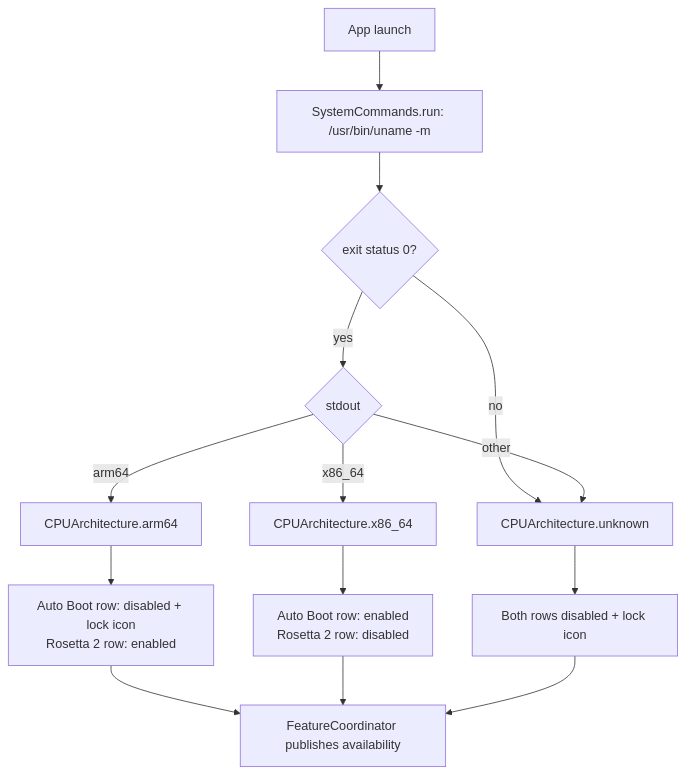
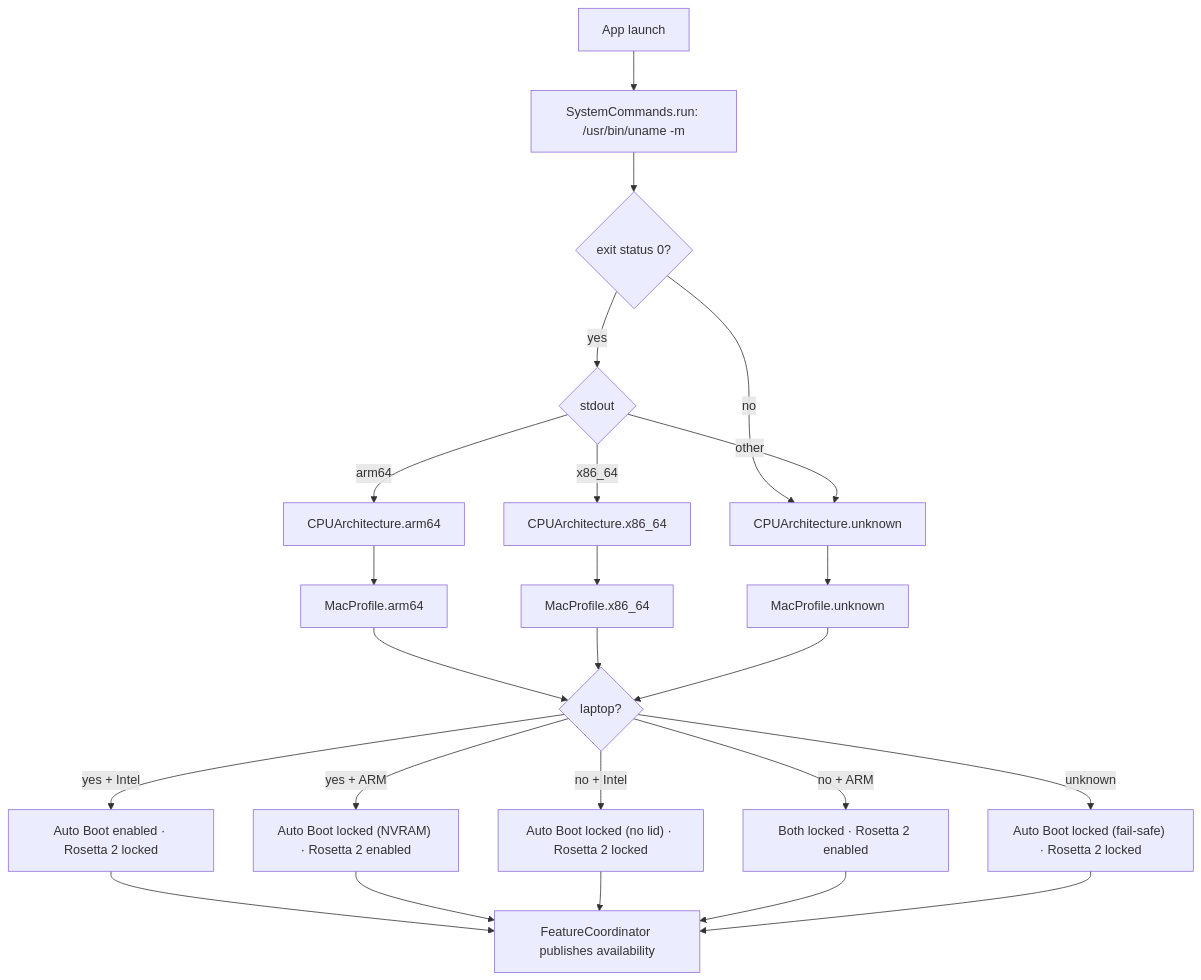
The eighth of 8 diagrams in docs/ARCHITECTURE.md (pppoipoit/Rosetta_Stone), drawn with Mermaid before and after one commit. The commit also changed other lines of this file and 12 other files, not shown here.

````diff
--- a/docs/ARCHITECTURE.md
+++ b/docs/ARCHITECTURE.md
@@ -439,16 +489,26 @@
 ```mermaid
 flowchart TD
     A["App launch"] --> B["SystemCommands.run: /usr/bin/uname -m"]
     B --> C{"exit status 0?"}
     C -- no --> D["CPUArchitecture.unknown"]
     C -- yes --> E{"stdout"}
     E -- "arm64" --> F["CPUArchitecture.arm64"]
     E -- "x86_64" --> G["CPUArchitecture.x86_64"]
     E -- other --> D
-    F --> H["Auto Boot row: disabled + lock icon<br/>Rosetta 2 row: enabled"]
-    G --> I["Auto Boot row: enabled<br/>Rosetta 2 row: disabled"]
-    D --> J["Both rows disabled + lock icon"]
-    H --> K["FeatureCoordinator publishes availability"]
+    F --> H["MacProfile.arm64"]
+    G --> I["MacProfile.x86_64"]
+    D --> J["MacProfile.unknown"]
+    H --> K{"laptop?"}
     I --> K
     J --> K
+    K -- "yes + Intel" --> L["Auto Boot enabled · Rosetta 2 locked"]
+    K -- "yes + ARM" --> M["Auto Boot locked (NVRAM) · Rosetta 2 enabled"]
+    K -- "no + Intel" --> N["Auto Boot locked (no lid) · Rosetta 2 locked"]
+    K -- "no + ARM" --> O["Both locked · Rosetta 2 enabled"]
+    K -- "unknown" --> P["Auto Boot locked (fail-safe) · Rosetta 2 locked"]
+    L --> Q["FeatureCoordinator publishes availability"]
+    M --> Q
+    N --> Q
+    O --> Q
+    P --> Q
 ```
````
